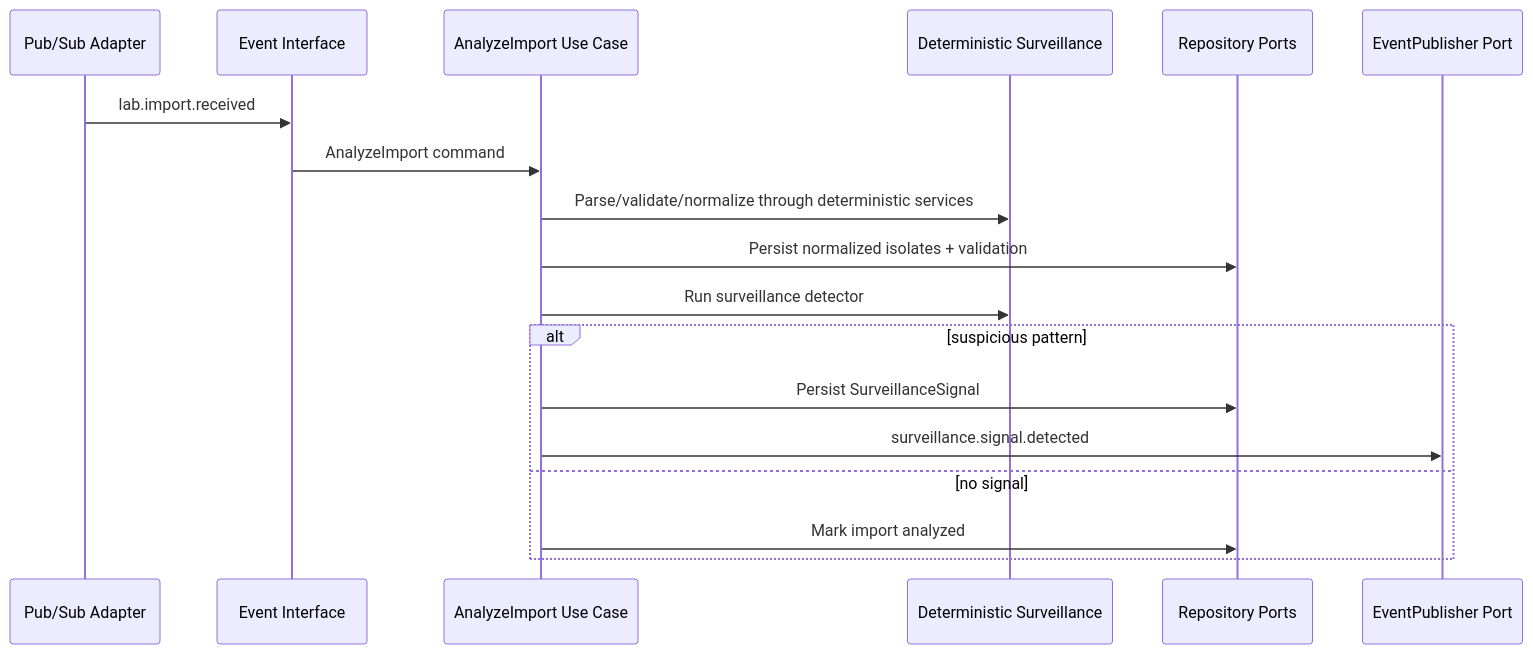
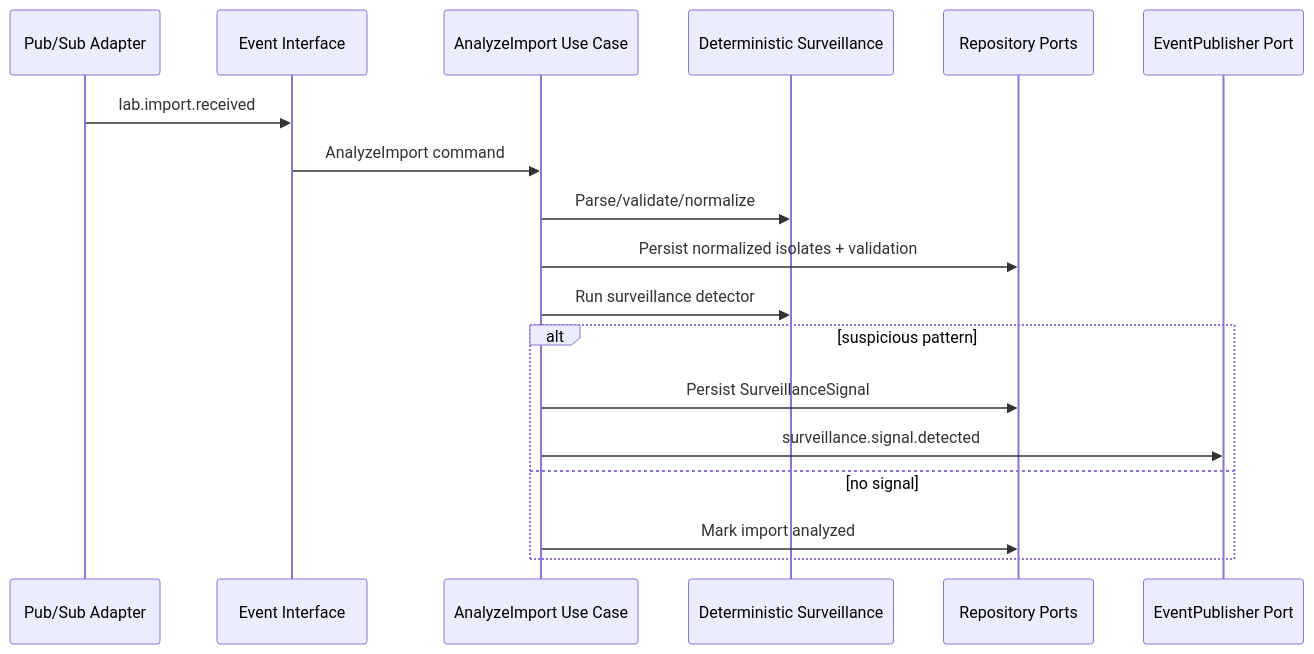
Before and after one commit to ronnielutaro/Ngabo-AMR-Surveillance: the fifth of 10 diagrams in docs/SYSTEM_DESIGN.md, drawn with Mermaid. The commit also changed other lines of this file, not shown here.

````diff
--- a/docs/SYSTEM_DESIGN.md
+++ b/docs/SYSTEM_DESIGN.md
@@ -243,22 +301,22 @@
 ```mermaid
 sequenceDiagram
     participant Bus as Pub/Sub Adapter
     participant Handler as Event Interface
     participant App as AnalyzeImport Use Case
     participant Domain as Deterministic Surveillance
     participant Repo as Repository Ports
     participant Events as EventPublisher Port
 
     Bus->>Handler: lab.import.received
     Handler->>App: AnalyzeImport command
-    App->>Domain: Parse/validate/normalize through deterministic services
+    App->>Domain: Parse/validate/normalize
     App->>Repo: Persist normalized isolates + validation
     App->>Domain: Run surveillance detector
 
     alt suspicious pattern
         App->>Repo: Persist SurveillanceSignal
         App->>Events: surveillance.signal.detected
     else no signal
         App->>Repo: Mark import analyzed
     end
 ```
````
